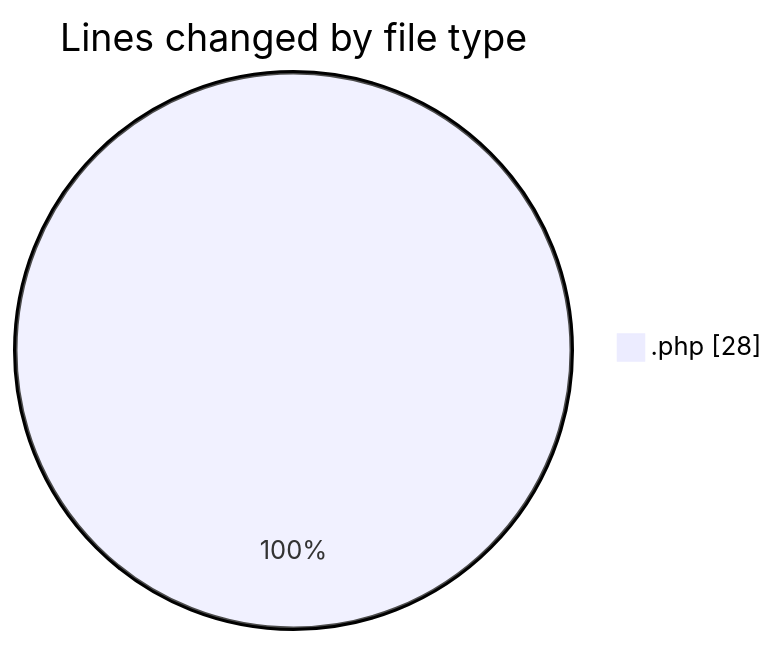
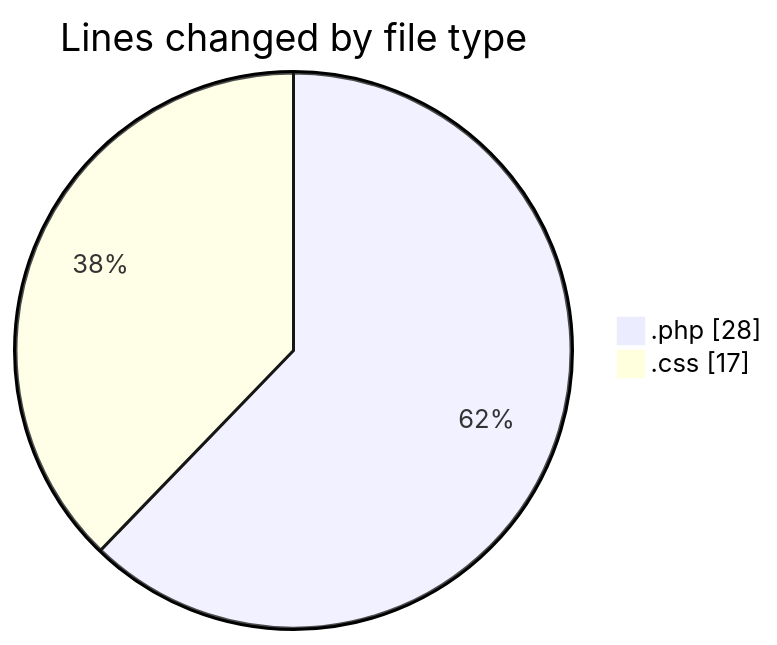
The first of 2 diagrams in 2026-03-20/newspaper-child/README.md (momahboobian/code-tracking), drawn with Mermaid before and after one commit. The commit also changed other lines of this file and 1 other file, not shown here.

````diff
--- a/2026-03-20/newspaper-child/README.md
+++ b/2026-03-20/newspaper-child/README.md
@@ -20,5 +21,6 @@
 ```mermaid
 pie showData
 title Lines changed by file type
 ".php" : 28
+".css" : 17
 ```
````
